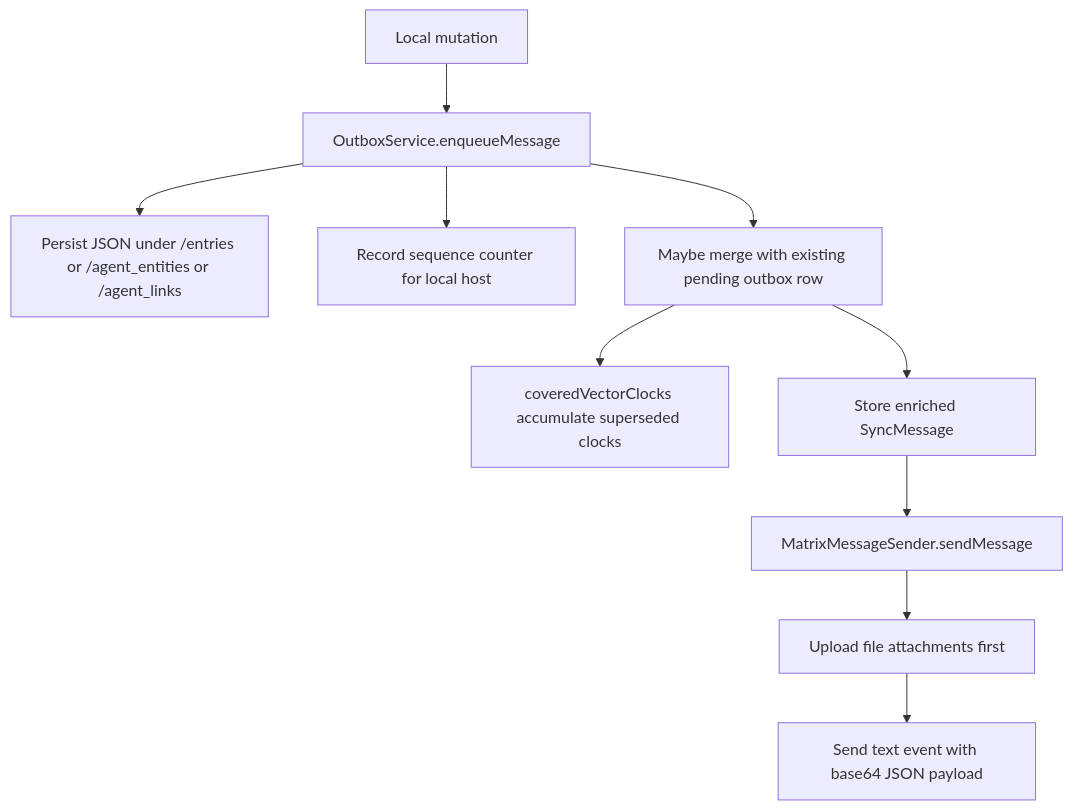
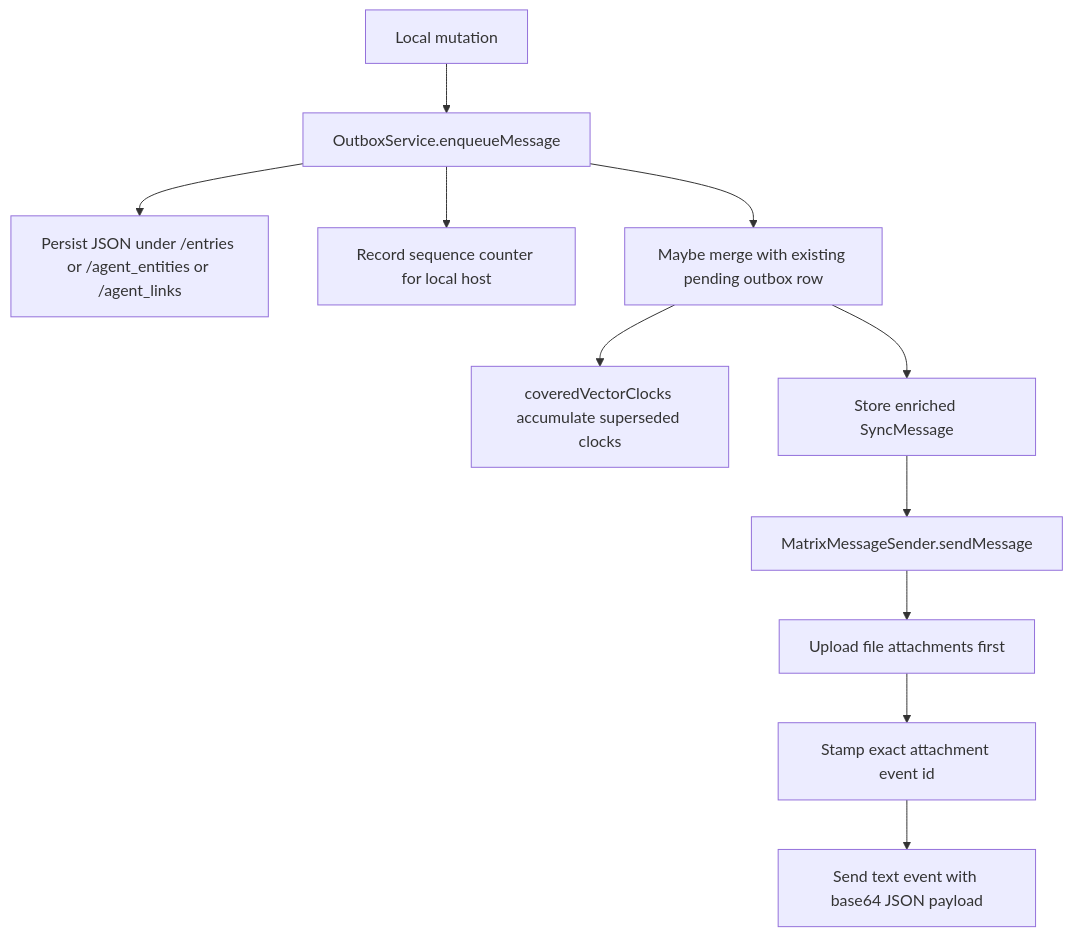
The second of 8 diagrams in docs/architecture/sync_current_architecture.md (matthiasn/lotti), drawn with Mermaid before and after one commit. The commit also changed other lines of this file and 40 other files, not shown here.

Commit message:
fix: bind sync payload generations and sequence mappings

````diff
--- a/docs/architecture/sync_current_architecture.md
+++ b/docs/architecture/sync_current_architecture.md
@@ -330,12 +353,13 @@
 ```mermaid
 flowchart TD
   A["Local mutation"] --> B["OutboxService.enqueueMessage"]
   B --> C["Persist JSON under /entries or /agent_entities or /agent_links"]
   B --> D["Record sequence counter for local host"]
   B --> E["Maybe merge with existing pending outbox row"]
   E --> F["coveredVectorClocks accumulate superseded clocks"]
   E --> G["Store enriched SyncMessage"]
   G --> H["MatrixMessageSender.sendMessage"]
   H --> I["Upload file attachments first"]
-  I --> J["Send text event with base64 JSON payload"]
+  I --> J["Stamp exact attachment event id"]
+  J --> K["Send text event with base64 JSON payload"]
 ```
````
